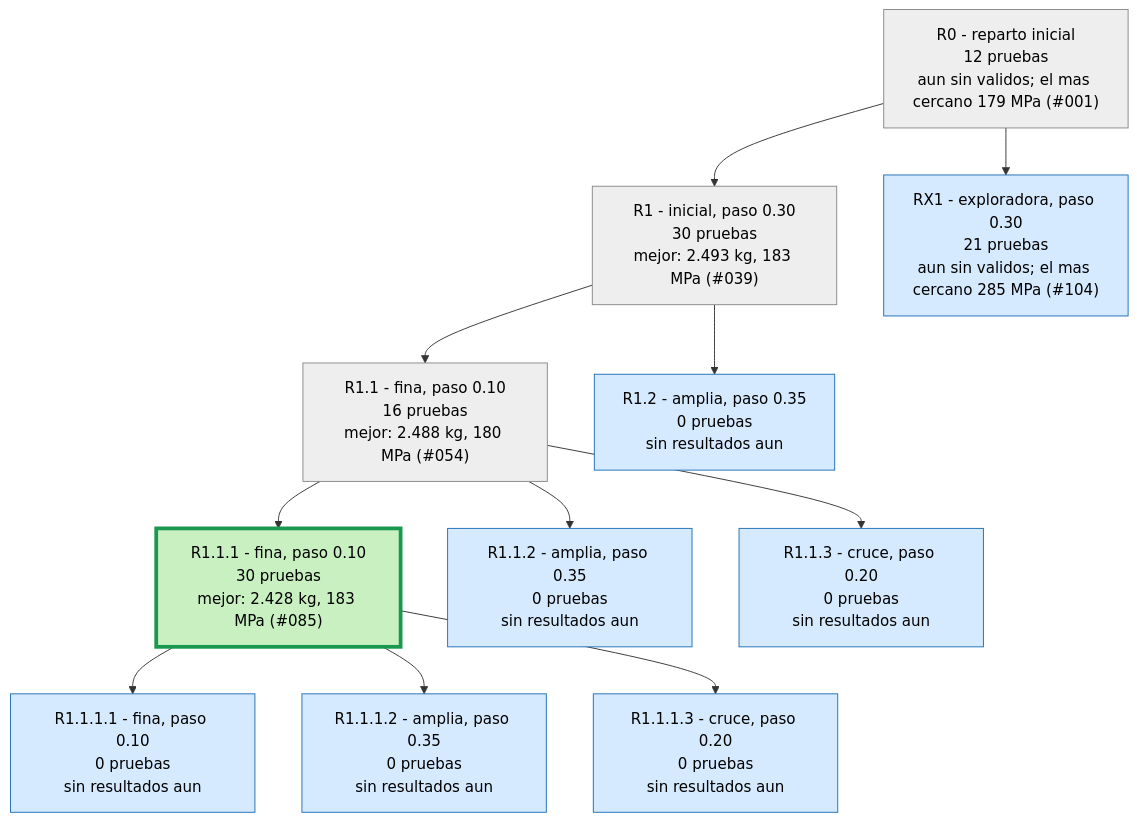
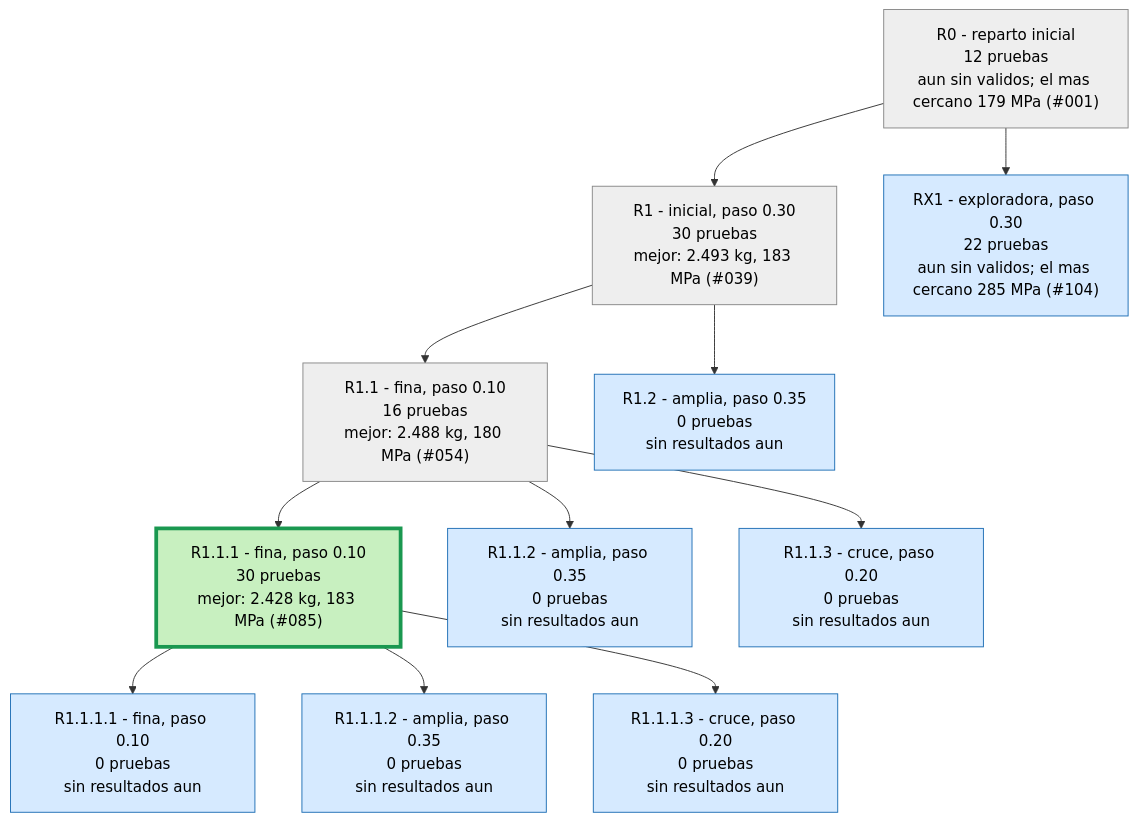
Before and after one commit to Hugiko/msd-soporte-optimizacion: the second of 3 diagrams in runs/opt_37800N/ARBOL.md, drawn with Mermaid. The commit also changed 19 other files, not shown here.

````diff
--- a/runs/opt_37800N/ARBOL.md
+++ b/runs/opt_37800N/ARBOL.md
@@ -29,27 +29,27 @@
 ```mermaid
 graph TD
 classDef activa fill:#d6eaff,stroke:#1f6fb5,color:#000
 classDef fin fill:#eeeeee,stroke:#888,color:#000
 classDef mejor fill:#c8f0c0,stroke:#1a9850,stroke-width:4px,color:#000
 R0["R0 - reparto inicial<br/>12 pruebas<br/>aun sin validos; el mas cercano 179 MPa (#001)"]:::fin
 R1["R1 - inicial, paso 0.30<br/>30 pruebas<br/>mejor: 2.493 kg, 183 MPa (#039)"]:::fin
 R0 --> R1
 R1_1["R1.1 - fina, paso 0.10<br/>16 pruebas<br/>mejor: 2.488 kg, 180 MPa (#054)"]:::fin
 R1 --> R1_1
 R1_2["R1.2 - amplia, paso 0.35<br/>0 pruebas<br/>sin resultados aun"]:::activa
 R1 --> R1_2
 R1_1_1["R1.1.1 - fina, paso 0.10<br/>30 pruebas<br/>mejor: 2.428 kg, 183 MPa (#085)"]:::mejor
 R1_1 --> R1_1_1
 R1_1_2["R1.1.2 - amplia, paso 0.35<br/>0 pruebas<br/>sin resultados aun"]:::activa
 R1_1 --> R1_1_2
 R1_1_3["R1.1.3 - cruce, paso 0.20<br/>0 pruebas<br/>sin resultados aun"]:::activa
 R1_1 --> R1_1_3
 R1_1_1_1["R1.1.1.1 - fina, paso 0.10<br/>0 pruebas<br/>sin resultados aun"]:::activa
 R1_1_1 --> R1_1_1_1
 R1_1_1_2["R1.1.1.2 - amplia, paso 0.35<br/>0 pruebas<br/>sin resultados aun"]:::activa
 R1_1_1 --> R1_1_1_2
 R1_1_1_3["R1.1.1.3 - cruce, paso 0.20<br/>0 pruebas<br/>sin resultados aun"]:::activa
 R1_1_1 --> R1_1_1_3
-RX1["RX1 - exploradora, paso 0.30<br/>21 pruebas<br/>aun sin validos; el mas cercano 285 MPa (#104)"]:::activa
+RX1["RX1 - exploradora, paso 0.30<br/>22 pruebas<br/>aun sin validos; el mas cercano 285 MPa (#104)"]:::activa
 R0 --> RX1
 ```
````
